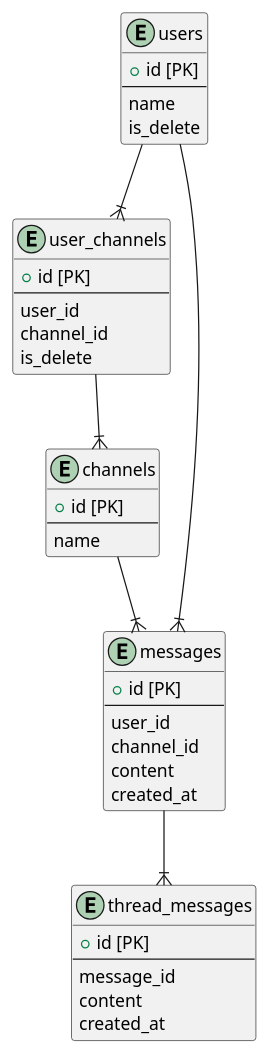
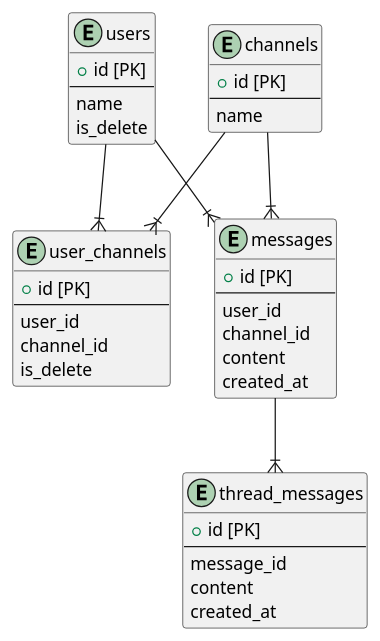
Before and after one commit to tasdsn/praha: the diagram in 02/db_modeling2.puml, drawn with PlantUML. The commit also changed 2 other files, not shown here.

```diff
--- a/02/db_modeling2.puml
+++ b/02/db_modeling2.puml
@@ -1,51 +1,51 @@
 @startuml
 '02_DBモデリング2
 
 entity users {
   + id [PK]
   --
   name
   is_delete
 }
 
 entity user_channels {
   + id [PK]
   --
   user_id
   channel_id
   is_delete
 }
 
 entity channels {
   + id [PK]
   --
   name
 }
 
 entity messages {
   + id [PK]
   --
   user_id
   channel_id
   content
   created_at
 }
 
 entity thread_messages {
   + id [PK]
   --
   message_id
   content
   created_at
 }
 
 users          --|{ user_channels
-user_channels  --|{ channels
+channels       --|{ user_channels
 channels       --|{ messages
 messages       --|{ thread_messages
 users          --|{ messages
 
 ' 横断機能はユーザーの所属しているチャネルを取得してそのメッセージを取得し、
 ' それに紐付くスレッドを取得すれば検索できるはず
 
 @enduml
```
